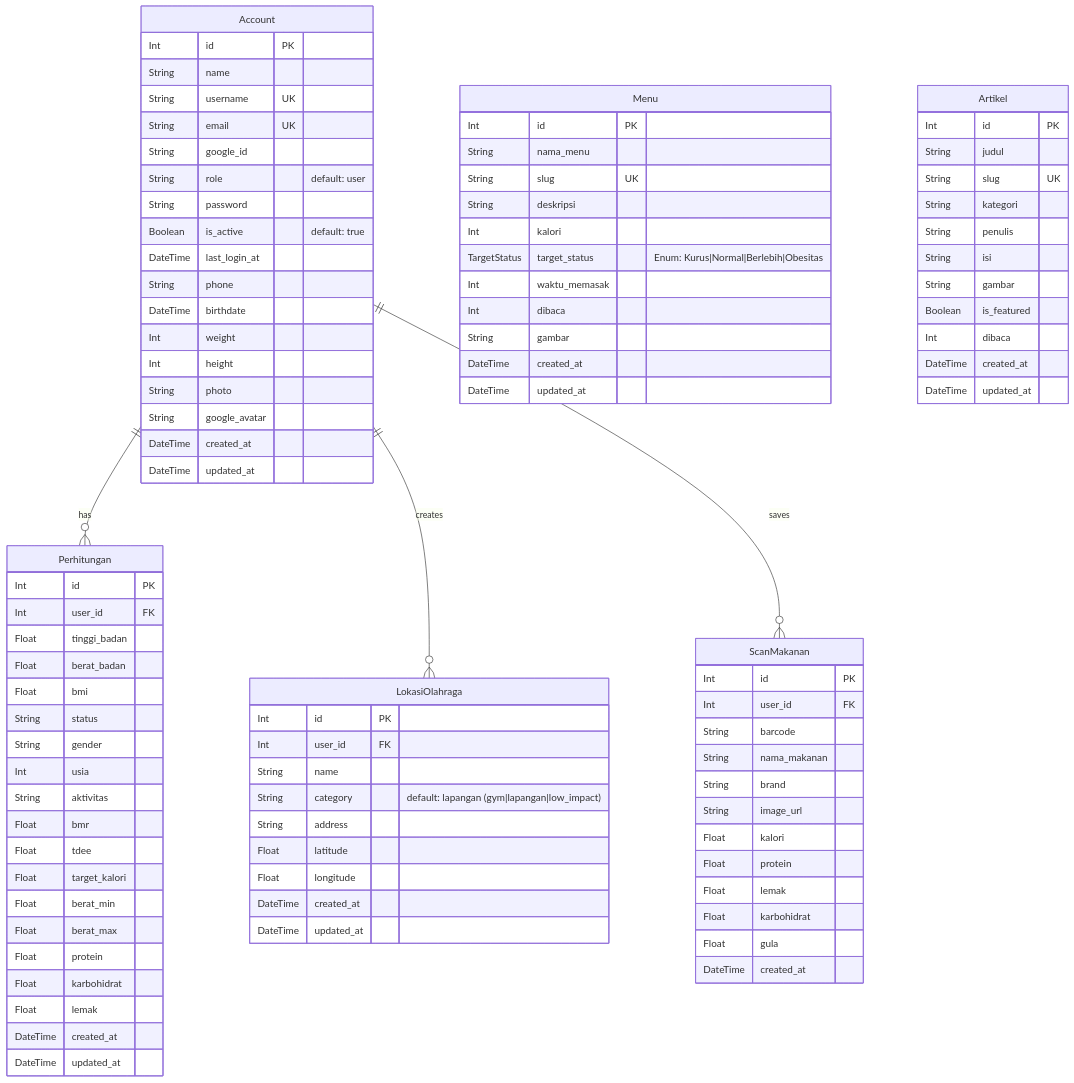
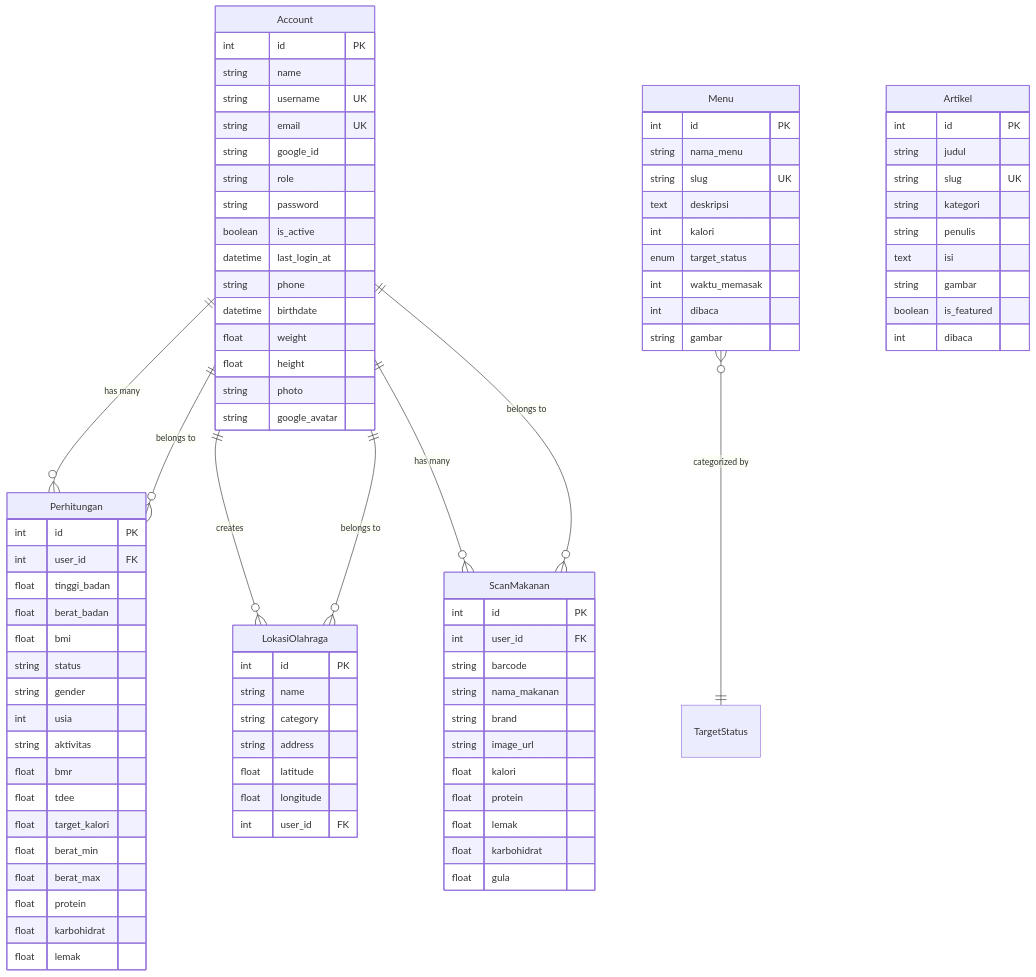
The seventh of 7 diagrams in docs/PRD.md (madsobirin/proyek_3), drawn with Mermaid before and after one commit. The commit also changed other lines of this file and 10 other files, not shown here.

Commit message:
add tech: redis in scan barcode

````diff
--- a/docs/PRD.md
+++ b/docs/PRD.md
@@ -301,103 +391,96 @@
 ```mermaid
 erDiagram
-    Account ||--o{ Perhitungan : "has"
+    Account ||--o{ Perhitungan : "has many"
     Account ||--o{ LokasiOlahraga : "creates"
-    Account ||--o{ ScanMakanan : "saves"
+    Account ||--o{ ScanMakanan : "has many"
+    Menu }o--|| TargetStatus : "categorized by"
+    Perhitungan }o--|| Account : "belongs to"
+    LokasiOlahraga }o--|| Account : "belongs to"
+    ScanMakanan }o--|| Account : "belongs to"
 
     Account {
-        Int id PK
-        String name
-        String username UK
-        String email UK
-        String google_id
-        String role "default: user"
-        String password
-        Boolean is_active "default: true"
-        DateTime last_login_at
-        String phone
-        DateTime birthdate
-        Int weight
-        Int height
-        String photo
-        String google_avatar
-        DateTime created_at
-        DateTime updated_at
+        int id PK
+        string name
+        string username UK
+        string email UK
+        string google_id
+        string role
+        string password
+        boolean is_active
+        datetime last_login_at
+        string phone
+        datetime birthdate
+        float weight
+        float height
+        string photo
+        string google_avatar
+    }
+
+    Menu {
+        int id PK
+        string nama_menu
+        string slug UK
+        text deskripsi
+        int kalori
+        enum target_status
+        int waktu_memasak
+        int dibaca
+        string gambar
+    }
+
+    Artikel {
+        int id PK
+        string judul
+        string slug UK
+        string kategori
+        string penulis
+        text isi
+        string gambar
+        boolean is_featured
+        int dibaca
+    }
+
+    LokasiOlahraga {
+        int id PK
+        string name
+        string category
+        string address
+        float latitude
+        float longitude
+        int user_id FK
     }
 
     Perhitungan {
-        Int id PK
-        Int user_id FK
-        Float tinggi_badan
-        Float berat_badan
-        Float bmi
-        String status
-        String gender
-        Int usia
-        String aktivitas
-        Float bmr
-        Float tdee
-        Float target_kalori
-        Float berat_min
-        Float berat_max
-        Float protein
-        Float karbohidrat
-        Float lemak
-        DateTime created_at
-        DateTime updated_at
+        int id PK
+        int user_id FK
+        float tinggi_badan
+        float berat_badan
+        float bmi
+        string status
+        string gender
+        int usia
+        string aktivitas
+        float bmr
+        float tdee
+        float target_kalori
+        float berat_min
+        float berat_max
+        float protein
+        float karbohidrat
+        float lemak
     }
 
     ScanMakanan {
-        Int id PK
-        Int user_id FK
-        String barcode
-        String nama_makanan
-        String brand
-        String image_url
-        Float kalori
-        Float protein
-        Float lemak
-        Float karbohidrat
-        Float gula
-        DateTime created_at
-    }
-
-    LokasiOlahraga {
-        Int id PK
-        Int user_id FK
-        String name
-        String category "default: lapangan (gym|lapangan|low_impact)"
-        String address
-        Float latitude
-        Float longitude
-        DateTime created_at
-        DateTime updated_at
-    }
-
-    Menu {
-        Int id PK
-        String nama_menu
-        String slug UK
-        String deskripsi
-        Int kalori
-        TargetStatus target_status "Enum: Kurus|Normal|Berlebih|Obesitas"
-        Int waktu_memasak
-        Int dibaca
-        String gambar
-        DateTime created_at
-        DateTime updated_at
-    }
-
-    Artikel {
-        Int id PK
-        String judul
-        String slug UK
-        String kategori
-        String penulis
-        String isi
-        String gambar
-        Boolean is_featured
-        Int dibaca
-        DateTime created_at
-        DateTime updated_at
+        int id PK
+        int user_id FK
+        string barcode
+        string nama_makanan
+        string brand
+        string image_url
+        float kalori
+        float protein
+        float lemak
+        float karbohidrat
+        float gula
     }
 ```
````
